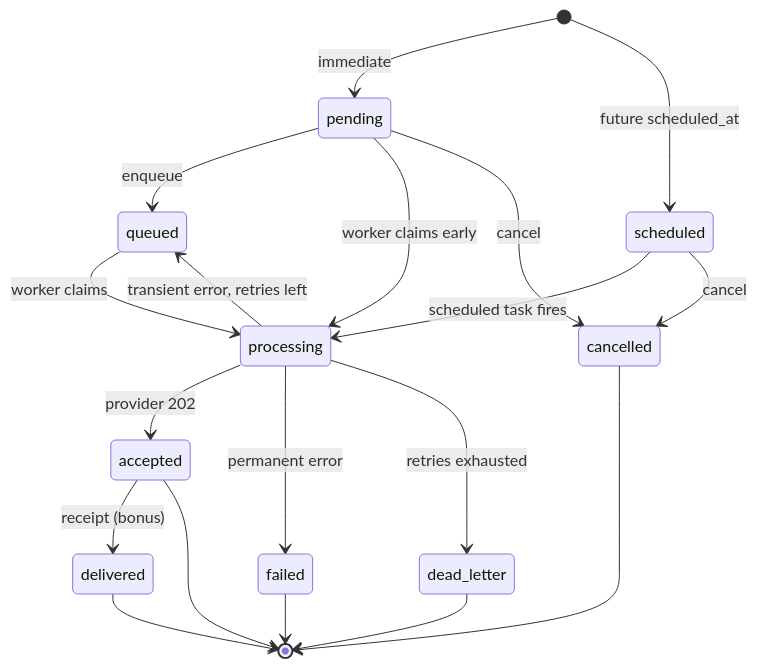
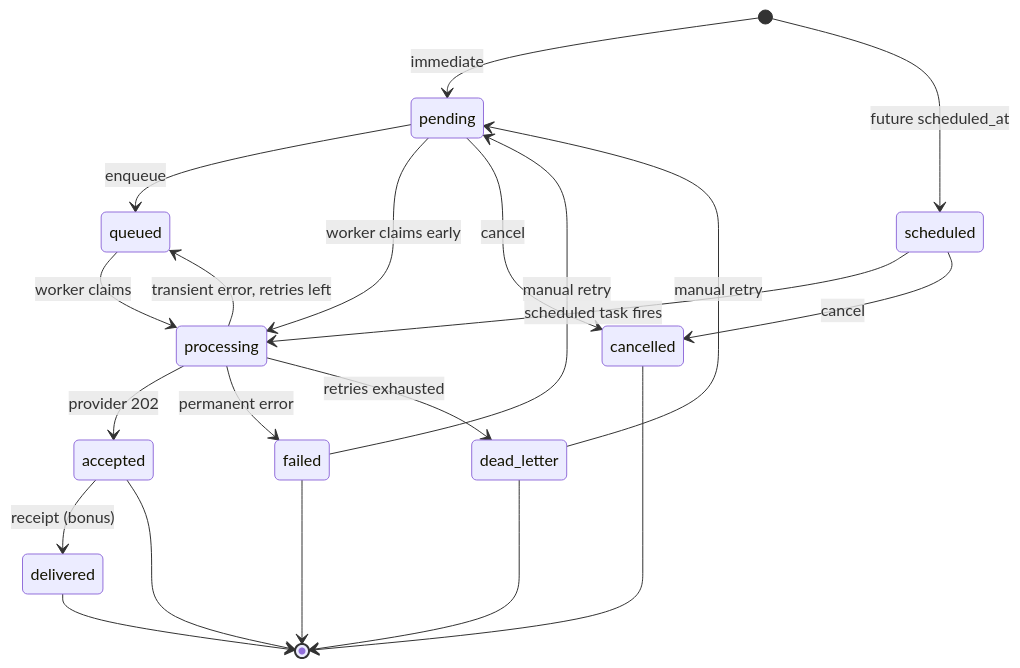
Before and after one commit to onatozmenn/insider-one-notification-system: the second of 2 diagrams in docs/domain-model.md, drawn with Mermaid. The commit also changed other lines of this file and 51 other files, not shown here.

````diff
--- a/docs/domain-model.md
+++ b/docs/domain-model.md
@@ -91,21 +91,23 @@
 ```mermaid
 stateDiagram-v2
     [*] --> pending: immediate
     [*] --> scheduled: future scheduled_at
     pending --> queued: enqueue
     pending --> processing: worker claims early
     pending --> cancelled: cancel
     scheduled --> processing: scheduled task fires
     scheduled --> cancelled: cancel
     queued --> processing: worker claims
     processing --> accepted: provider 202
     processing --> queued: transient error, retries left
     processing --> failed: permanent error
     processing --> dead_letter: retries exhausted
+    failed --> pending: manual retry
+    dead_letter --> pending: manual retry
     accepted --> delivered: receipt (bonus)
     accepted --> [*]
     failed --> [*]
     cancelled --> [*]
     dead_letter --> [*]
     delivered --> [*]
 ```
````
